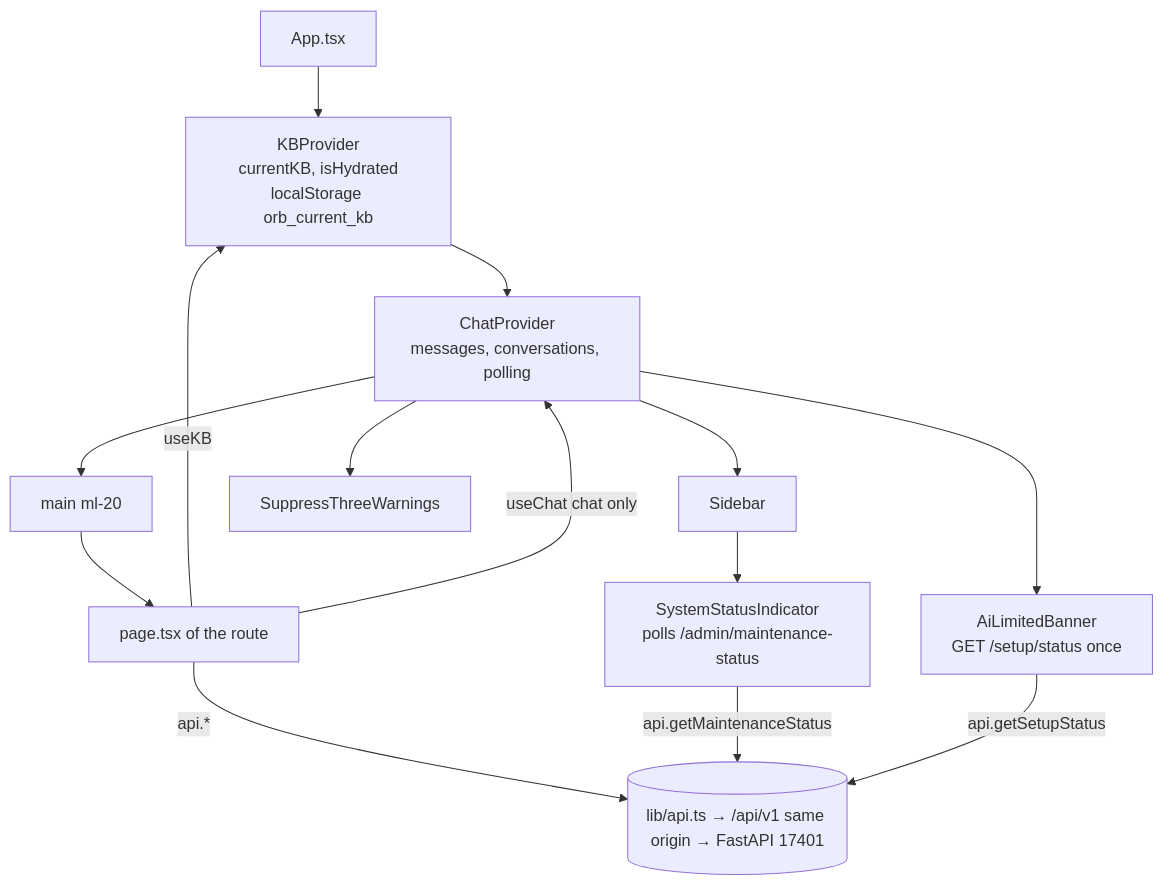
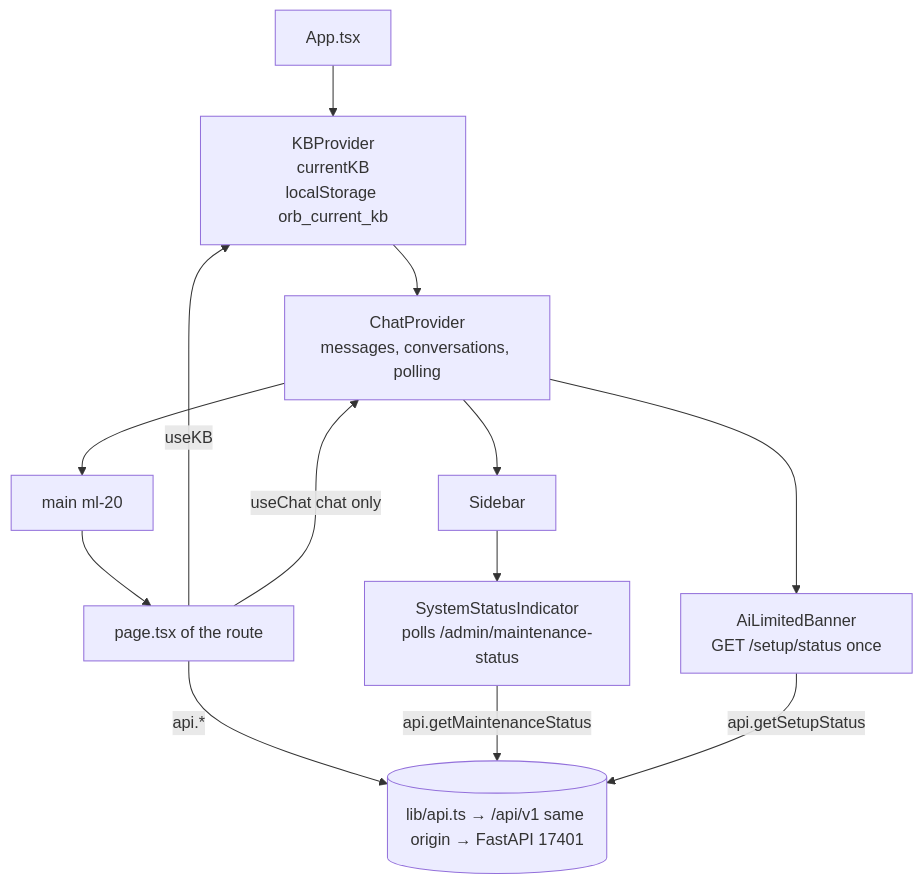
The first of 2 diagrams in Docs/18-frontend-architecture.md (josetseph/Orb), drawn with Mermaid before and after one commit. The commit also changed other lines of this file and 159 other files, not shown here.

````diff
--- a/Docs/18-frontend-architecture.md
+++ b/Docs/18-frontend-architecture.md
@@ -324,16 +318,15 @@
 ```mermaid
 flowchart TD
-  L[App.tsx] --> KB[KBProvider<br/>currentKB, isHydrated<br/>localStorage orb_current_kb]
+  L[App.tsx] --> KB[KBProvider<br/>currentKB<br/>localStorage orb_current_kb]
   KB --> CH[ChatProvider<br/>messages, conversations, polling]
   CH --> S[Sidebar]
   S --> SSI[SystemStatusIndicator<br/>polls /admin/maintenance-status]
   CH --> M[main ml-20]
   M --> P[page.tsx of the route]
   CH --> B[AiLimitedBanner<br/>GET /setup/status once]
-  CH --> W[SuppressThreeWarnings]
   P -->|useKB| KB
   P -->|useChat chat only| CH
   P -->|api.*| API[(lib/api.ts → /api/v1 same origin → FastAPI 17401)]
   SSI -->|api.getMaintenanceStatus| API
   B -->|api.getSetupStatus| API
 ```
````
